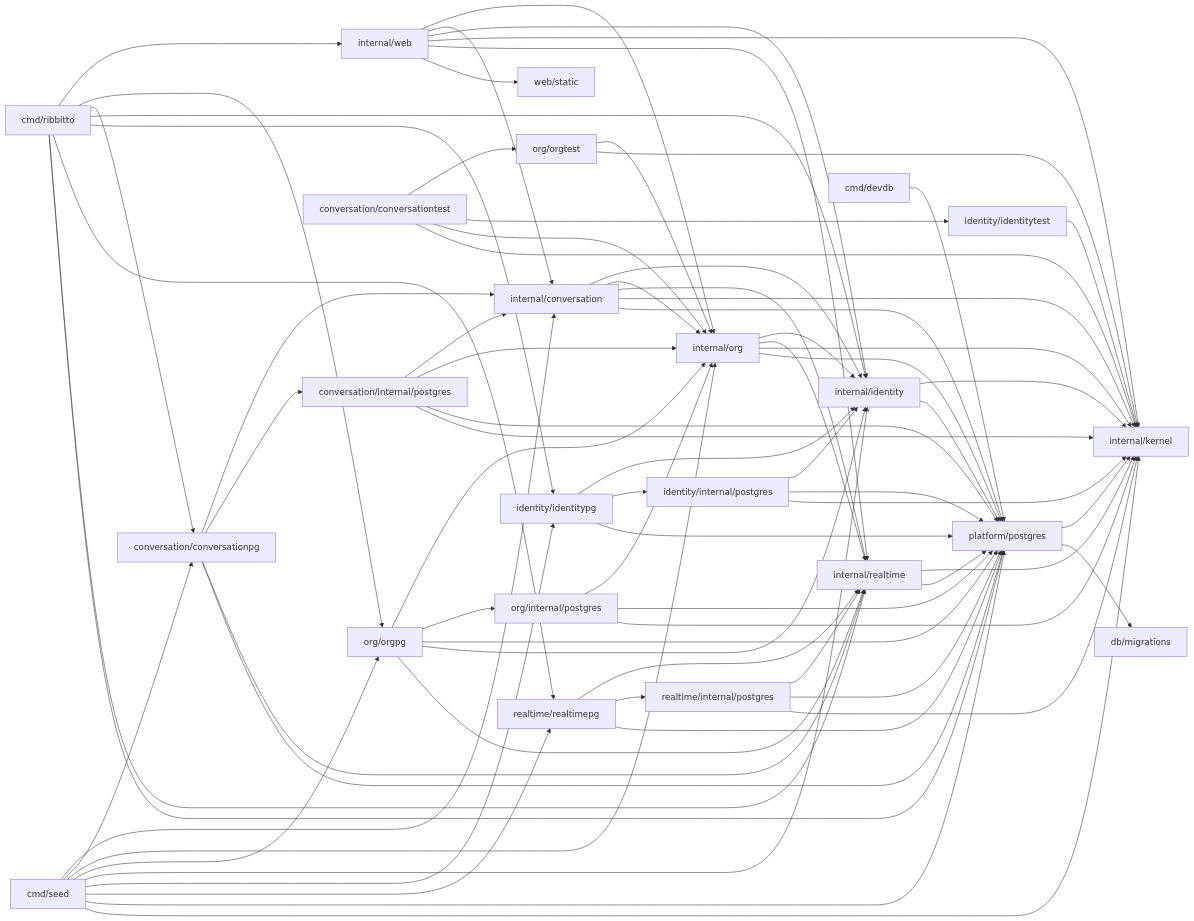
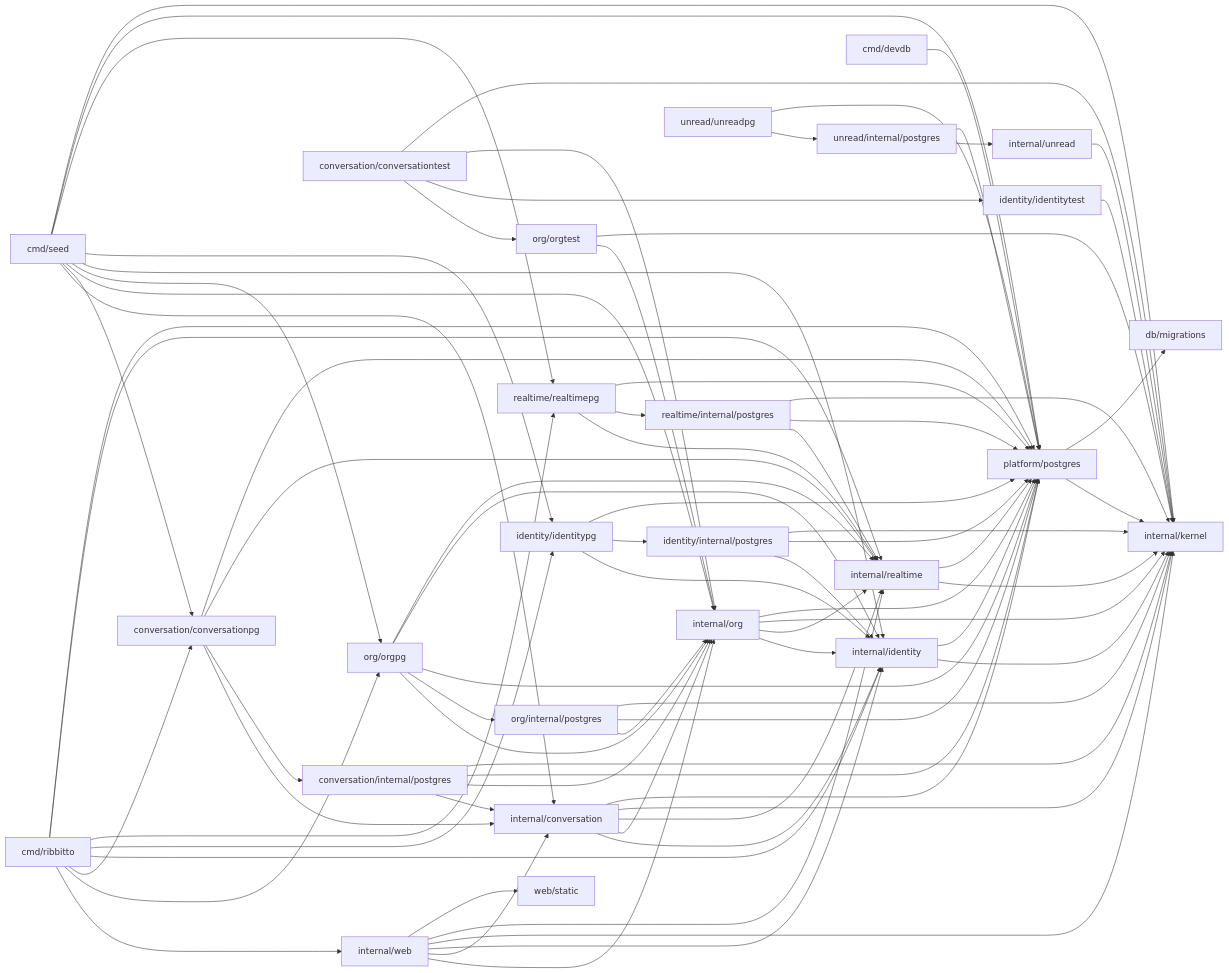
The diagram in docs/architecture/packages.md (tkakkie/ribbitto), drawn with Mermaid before and after one commit. The commit also changed other lines of this file and 40 other files, not shown here.

````diff
--- a/docs/architecture/packages.md
+++ b/docs/architecture/packages.md
@@ -42,23 +43,26 @@
 ```mermaid
 flowchart LR
   cmd[cmd/ribbitto] --> web & orgpg[org/orgpg] & conversationpg[conversation/conversationpg] & identity & identitypg[identity/identitypg] & realtimepg & realtime & platform[platform/postgres]
   seed[cmd/seed] --> conversation & conversationpg & org & orgpg & identity & identitypg & realtimepg & platform & kernel
   devdb[cmd/devdb] --> platform
   web[internal/web] --> org & conversation & identity & kernel & realtime & static[web/static]
   conversationpg --> conversation[internal/conversation] & cstore[conversation/internal/postgres] & realtime & platform
   conversation --> identity & org & realtime & kernel & platform
   cstore --> conversation & org & platform & kernel
   conversationtest[conversation/conversationtest] --> orgtest[org/orgtest] & identitytest[identity/identitytest] & org & kernel
   orgtest --> org & kernel
   identitytest --> kernel
   realtime[internal/realtime] --> kernel & platform
   realtimepg[realtime/realtimepg] --> realtime & rstore[realtime/internal/postgres] & platform
   rstore --> realtime & platform & kernel
   org[internal/org] --> identity & realtime & kernel & platform
   orgpg --> org & ostore[org/internal/postgres] & platform & identity & realtime
   ostore --> org & platform & kernel
   identity[internal/identity] --> kernel & platform
   identitypg --> identity & store[identity/internal/postgres] & platform
   store --> identity & platform & kernel
+  unread[internal/unread] --> kernel
+  unreadpg[unread/unreadpg] --> ustore[unread/internal/postgres] & platform
+  ustore --> unread & platform
   platform --> kernel[internal/kernel] & migrations[db/migrations]
 ```
````
